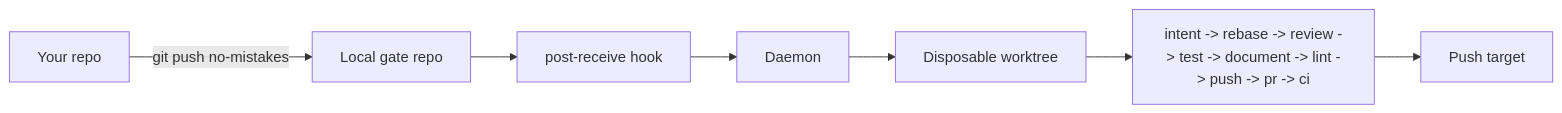
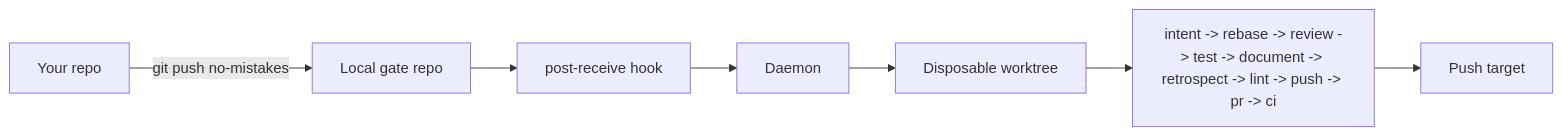
Before and after one commit to alvarohulse/no-mistakes: the diagram in docs/src/content/docs/start-here/introduction.md, drawn with Mermaid. The commit also changed 7 other files, not shown here.

Commit message:
no-mistakes(review): close retrospect guard untracked-content gap; sync step docs

````diff
--- a/docs/src/content/docs/start-here/introduction.md
+++ b/docs/src/content/docs/start-here/introduction.md
@@ -48,9 +48,9 @@
 ```mermaid
 flowchart LR
   repo["Your repo"] -->|"git push no-mistakes"| gate["Local gate repo"]
   gate --> hook["post-receive hook"]
   hook --> daemon["Daemon"]
   daemon --> worktree["Disposable worktree"]
-  worktree --> pipeline["intent -> rebase -> review -> test -> document -> lint -> push -> pr -> ci"]
+  worktree --> pipeline["intent -> rebase -> review -> test -> document -> retrospect -> lint -> push -> pr -> ci"]
   pipeline --> target["Push target"]
 ```
````
